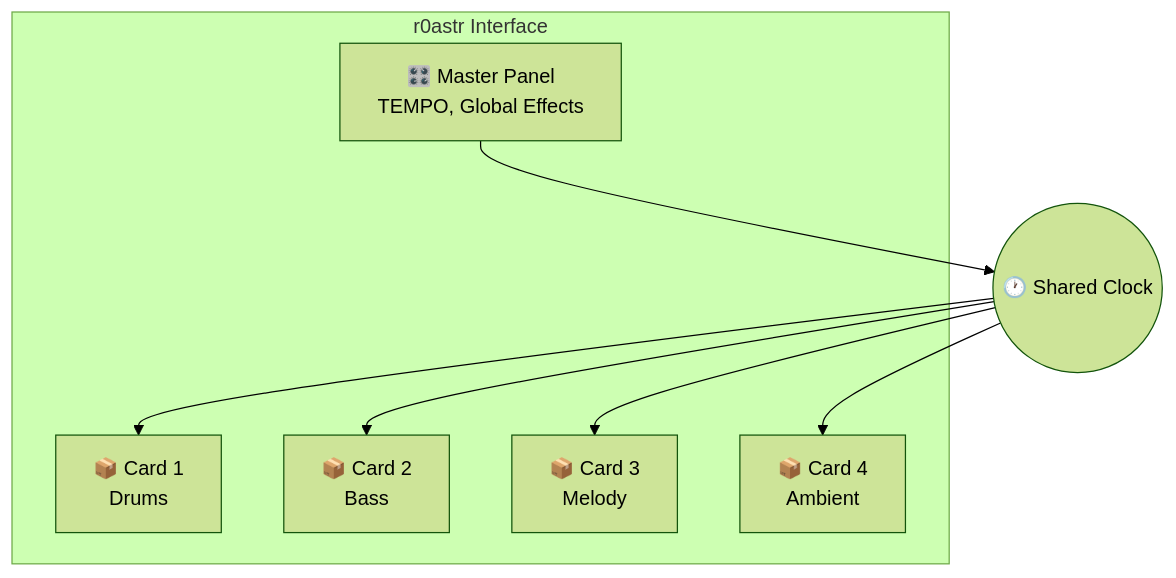
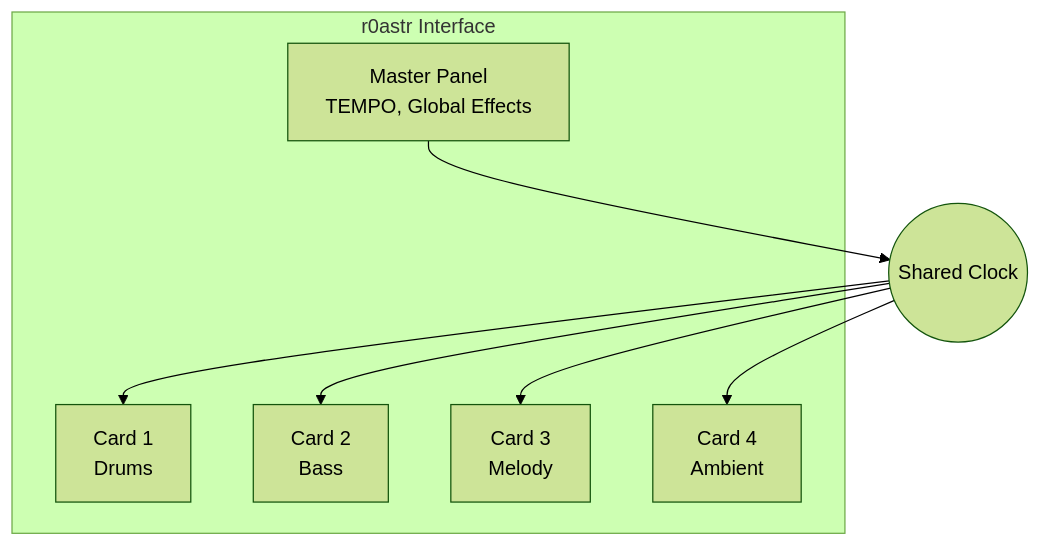
The diagram in docs-source/learn/concepts.md (piatra-automation/r0astr), drawn with Mermaid (forest theme) before and after one commit. The commit also changed other lines of this file and 117 other files, not shown here.

````diff
--- a/docs-source/learn/concepts.md
+++ b/docs-source/learn/concepts.md
@@ -11,16 +11,16 @@
 ```mermaid
 graph TB
-    subgraph r0astr["r0astr Interface"]
-        MP["🎛️ Master Panel<br/>TEMPO, Global Effects"]
-        C1["📦 Card 1<br/>Drums"]
-        C2["📦 Card 2<br/>Bass"]
-        C3["📦 Card 3<br/>Melody"]
-        C4["📦 Card 4<br/>Ambient"]
-    end
-    CLOCK(("🕐 Shared Clock"))
-    MP --> CLOCK
-    CLOCK --> C1
-    CLOCK --> C2
-    CLOCK --> C3
-    CLOCK --> C4
+ subgraph r0astr["r0astr Interface"]
+ MP[" Master Panel<br/>TEMPO, Global Effects"]
+ C1[" Card 1<br/>Drums"]
+ C2[" Card 2<br/>Bass"]
+ C3[" Card 3<br/>Melody"]
+ C4[" Card 4<br/>Ambient"]
+ end
+ CLOCK((" Shared Clock"))
+ MP --> CLOCK
+ CLOCK --> C1
+ CLOCK --> C2
+ CLOCK --> C3
+ CLOCK --> C4
 ```
````
